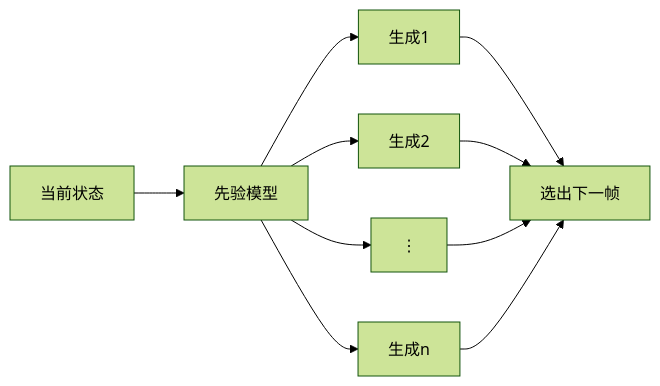
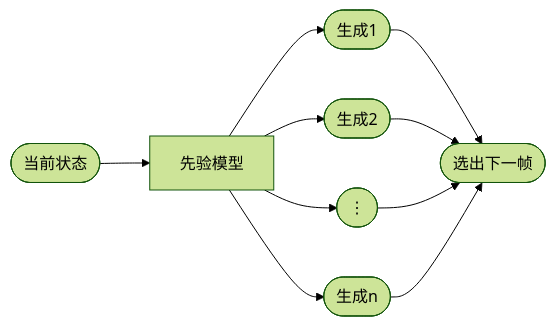
The sixth of 7 diagrams in src/MeshAnimation/SkeletonProxy/笔记.md (CaterpillarStudyGroup/ImportantArticles), drawn with Mermaid (forest theme) before and after one commit. The commit also changed other lines of this file and 1 other file, not shown here.

````diff
--- a/src/MeshAnimation/SkeletonProxy/笔记.md
+++ b/src/MeshAnimation/SkeletonProxy/笔记.md
@@ -135,9 +134,9 @@
 ```mermaid
 flowchart LR
- A[当前状态]-->B[先验模型]
- B--> C[生成1]--> F
- B--> D[生成2]--> F
- B--> E[⋮]--> F
- B--> G[生成n]--> F
- F[选出下一帧]
+ A([当前状态])-->B[先验模型]
+ B--> C([生成1])--> F
+ B--> D([生成2])--> F
+ B--> E([⋮])--> F
+ B--> G([生成n])--> F
+ F([选出下一帧])
 ```
````
